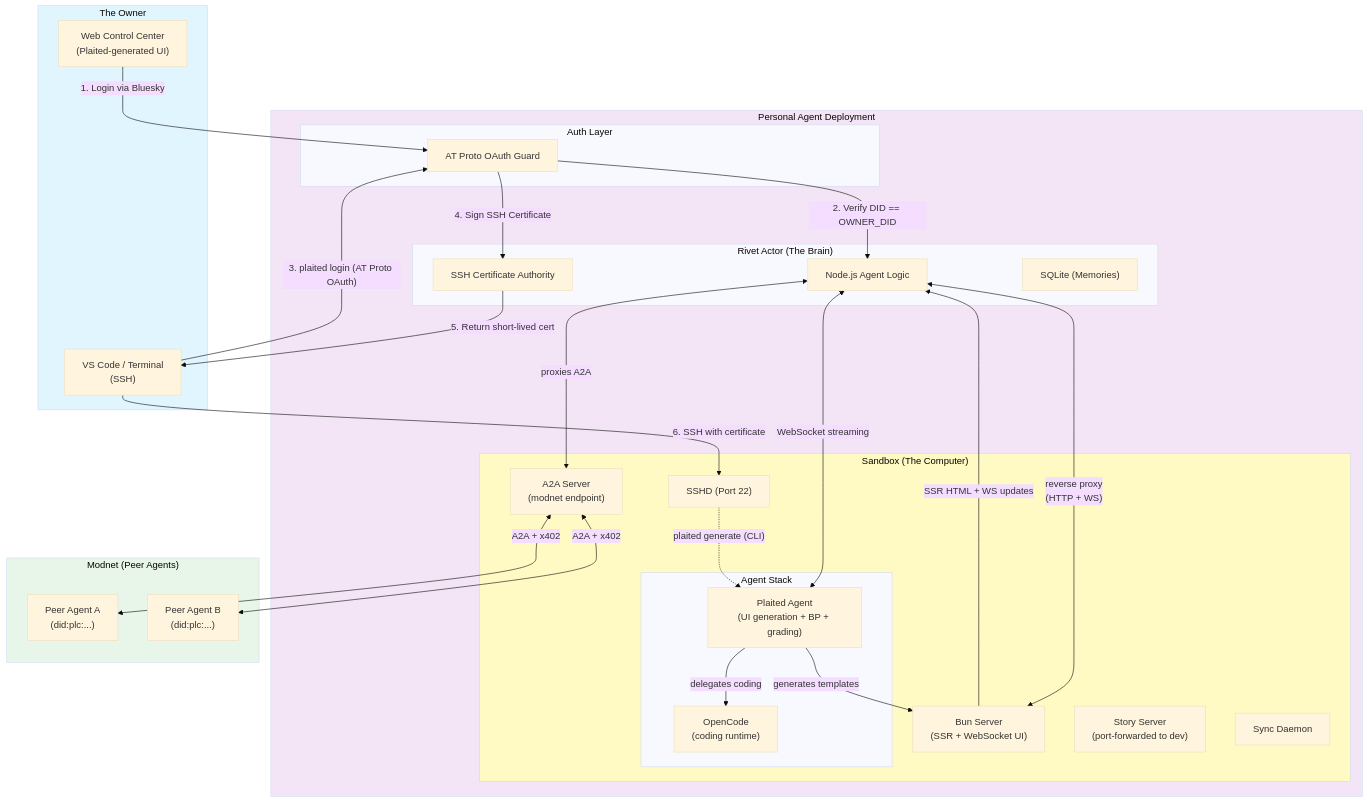
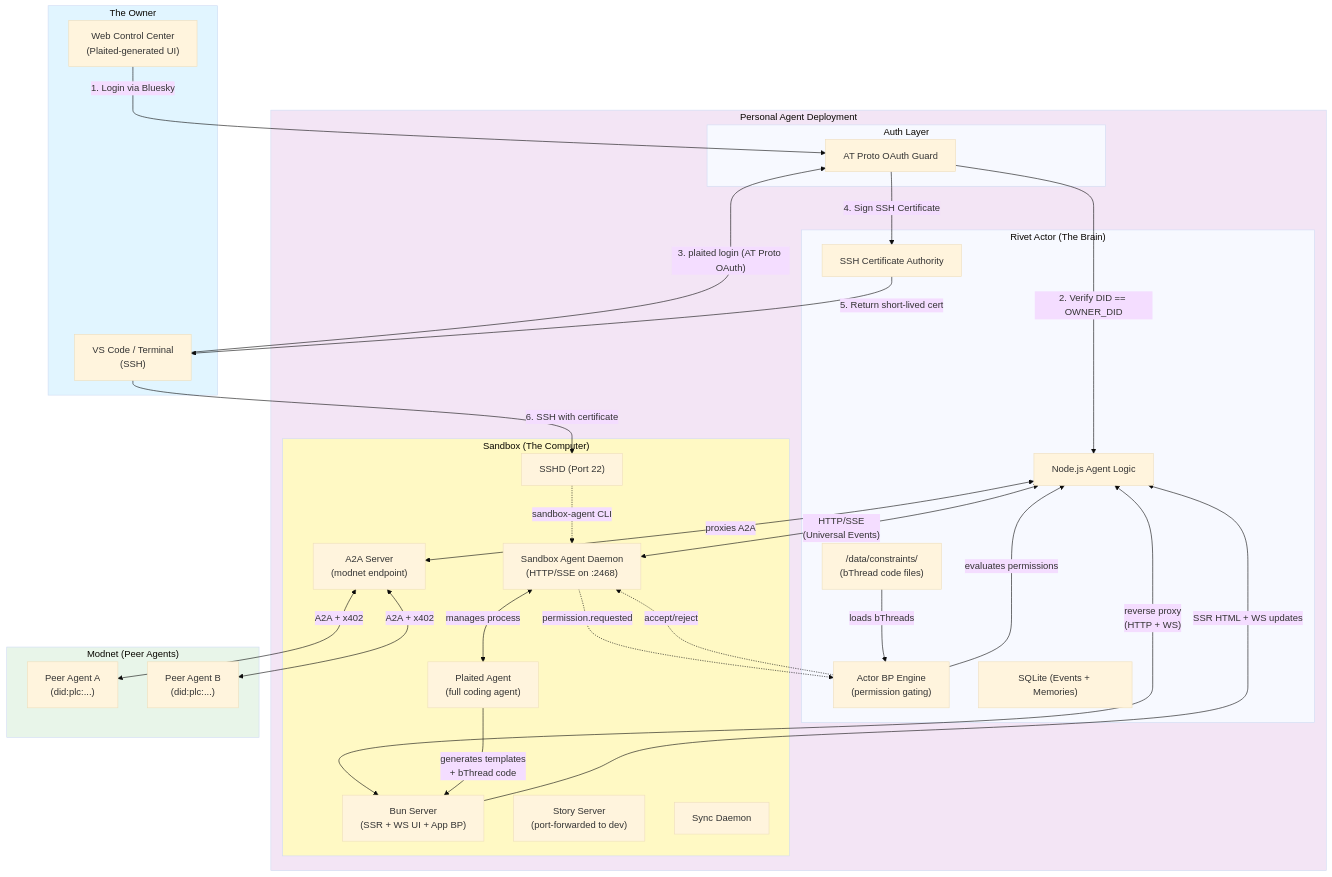
Before and after one commit to plaited/plaited: the first of 3 diagrams in BACKGROUND-AGENT-SYSTEM-DESIGN.md, drawn with Mermaid (base theme). The commit also changed other lines of this file, not shown here.

First line of the commit message:
docs(agent): replace OpenCode with sandbox-agent + single Plaited Agent

````diff
--- a/BACKGROUND-AGENT-SYSTEM-DESIGN.md
+++ b/BACKGROUND-AGENT-SYSTEM-DESIGN.md
@@ -39,71 +40,77 @@
 ```mermaid
 graph TB
     subgraph OWNER["The Owner"]
         Browser["Web Control Center<br/>(Plaited-generated UI)"]
         IDE["VS Code / Terminal<br/>(SSH)"]
     end
 
     subgraph PERSONAL_CLOUD["Personal Agent Deployment"]
 
         subgraph AUTH_LAYER["Auth Layer"]
             OAuth_Guard["AT Proto OAuth Guard"]
         end
 
         subgraph BRAIN["Rivet Actor (The Brain)"]
             Agent_Logic["Node.js Agent Logic"]
+            ActorBP["Actor BP Engine<br/>(permission gating)"]
             SSH_CA["SSH Certificate Authority"]
-            State_DB["SQLite (Memories)"]
+            State_DB["SQLite (Events + Memories)"]
+            Constraints["/data/constraints/<br/>(bThread code files)"]
         end
 
         subgraph MUSCLE["Sandbox (The Computer)"]
-            subgraph AGENTS["Agent Stack"]
-                PAgent["Plaited Agent<br/>(UI generation + BP + grading)"]
-                OpenCode["OpenCode<br/>(coding runtime)"]
-            end
-            BunServer["Bun Server<br/>(SSR + WebSocket UI)"]
+            SandboxAgent["Sandbox Agent Daemon<br/>(HTTP/SSE on :2468)"]
+            PAgent["Plaited Agent<br/>(full coding agent)"]
+            BunServer["Bun Server<br/>(SSR + WS UI + App BP)"]
             A2AEndpoint["A2A Server<br/>(modnet endpoint)"]
             StoryServer["Story Server<br/>(port-forwarded to dev)"]
             SSHD["SSHD (Port 22)"]
             Sync["Sync Daemon"]
         end
     end
 
     subgraph MODNET["Modnet (Peer Agents)"]
         PeerA["Peer Agent A<br/>(did:plc:...)"]
         PeerB["Peer Agent B<br/>(did:plc:...)"]
     end
 
     %% Auth Flow
     Browser -->|"1. Login via Bluesky"| OAuth_Guard
     OAuth_Guard --"2. Verify DID == OWNER_DID"--> Agent_Logic
 
     %% CLI Login + SSH CA Flow
     IDE -->|"3. plaited login (AT Proto OAuth)"| OAuth_Guard
     OAuth_Guard --"4. Sign SSH Certificate"--> SSH_CA
     SSH_CA --"5. Return short-lived cert"--> IDE
 
-    %% Request Flow: Rivet → Plaited Agent → OpenCode
-    Agent_Logic <-->|"WebSocket streaming"| PAgent
-    PAgent -->|"delegates coding"| OpenCode
+    %% Actor → Sandbox Agent → Plaited Agent
+    Agent_Logic <-->|"HTTP/SSE<br/>(Universal Events)"| SandboxAgent
+    SandboxAgent <-->|"manages process"| PAgent
+    ActorBP -->|"evaluates permissions"| Agent_Logic
+    Constraints -->|"loads bThreads"| ActorBP
+
+    %% Permission flow
+    SandboxAgent -.->|"permission.requested"| ActorBP
+    ActorBP -.->|"accept/reject"| SandboxAgent
 
     %% UI Delivery: Bun Server SSR + WebSocket
     Agent_Logic <-->|"reverse proxy<br/>(HTTP + WS)"| BunServer
-    PAgent -->|"generates templates"| BunServer
+    PAgent -->|"generates templates<br/>+ bThread code"| BunServer
     BunServer -->|"SSR HTML + WS updates"| Agent_Logic
 
     %% Modnet: A2A peer-to-peer
     Agent_Logic <-->|"proxies A2A"| A2AEndpoint
     A2AEndpoint <-->|"A2A + x402"| PeerA
     A2AEndpoint <-->|"A2A + x402"| PeerB
 
-    %% Dev can also invoke Plaited Agent directly via CLI
-    SSHD -.->|"plaited generate (CLI)"| PAgent
+    %% Dev can also invoke Plaited Agent via sandbox-agent CLI
+    SSHD -.->|"sandbox-agent CLI"| SandboxAgent
 
     %% SSH Flow (cert-based, no authorized_keys)
     IDE -->|"6. SSH with certificate"| SSHD
 
     style OWNER fill:#e1f5ff
     style PERSONAL_CLOUD fill:#f3e5f5
     style MUSCLE fill:#fff9c4
     style MODNET fill:#e8f5e9
 ```
````
